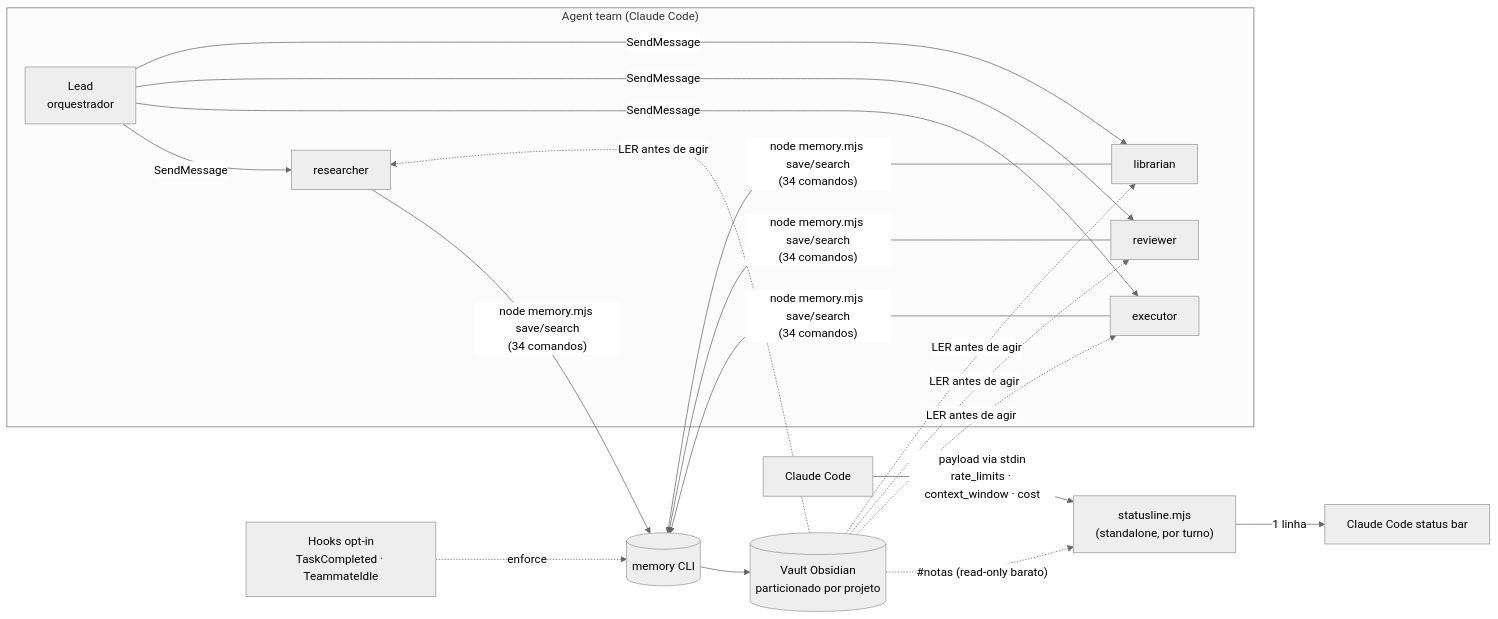
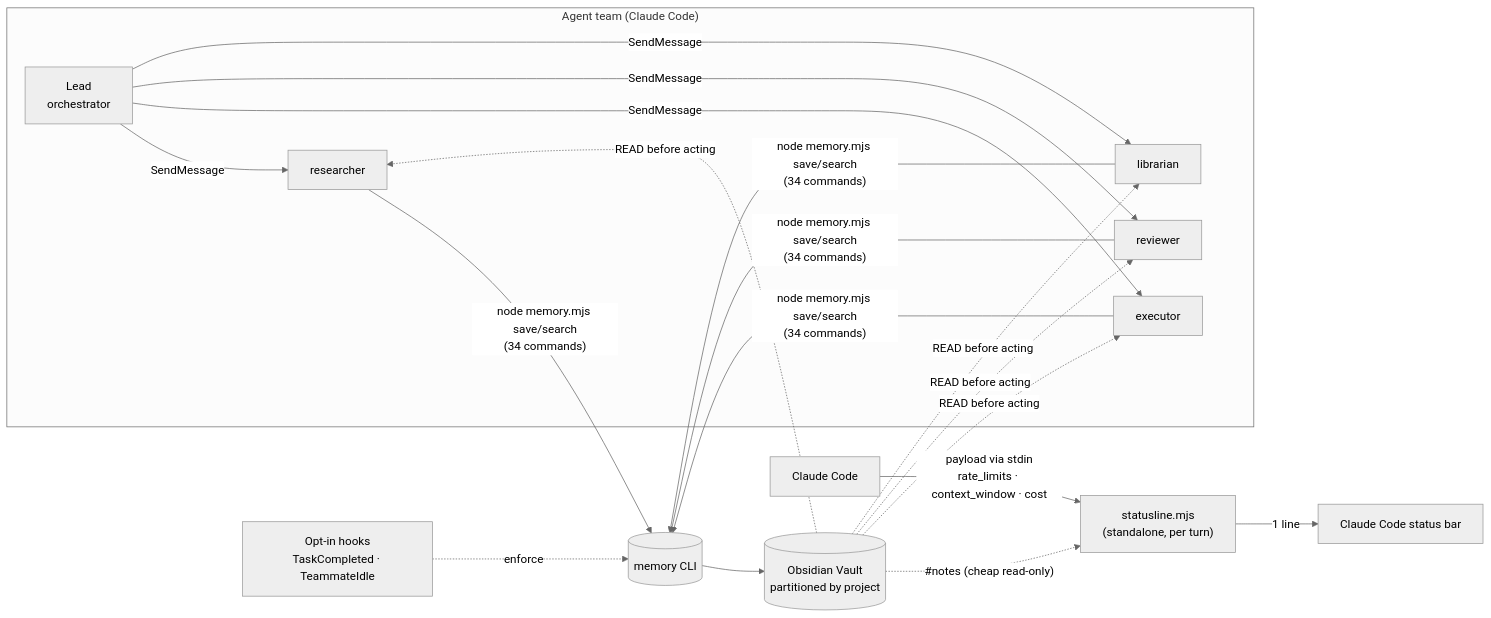
Before and after one commit to MatheusChiodi/AgentTeam-Memory: the first of 3 diagrams in docs/ARCHITECTURE.md, drawn with Mermaid (neutral theme). The commit also changed other lines of this file and 49 other files, not shown here.

````diff
--- a/docs/ARCHITECTURE.md
+++ b/docs/ARCHITECTURE.md
@@ -37,18 +37,18 @@
 ```mermaid
 flowchart LR
   subgraph Team["Agent team (Claude Code)"]
-    LEAD["Lead<br/>orquestrador"]
+    LEAD["Lead<br/>orchestrator"]
     T1["researcher"]
     T2["executor"]
     T3["reviewer"]
     T4["librarian"]
   end
   LEAD -->|SendMessage| T1 & T2 & T3 & T4
-  T1 & T2 & T3 & T4 -->|"node memory.mjs save/search<br/>(34 comandos)"| CLI[("memory CLI")]
-  CLI --> VAULT[("Vault Obsidian<br/>particionado por projeto")]
-  VAULT -.->|"LER antes de agir"| T1 & T2 & T3 & T4
-  HOOKS["Hooks opt-in<br/>TaskCompleted · TeammateIdle"] -.->|enforce| CLI
-  CC["Claude Code"] -->|"payload via stdin<br/>rate_limits · context_window · cost"| SL["statusline.mjs<br/>(standalone, por turno)"]
-  VAULT -.->|"#notas (read-only barato)"| SL
-  SL -->|"1 linha"| BAR["Claude Code status bar"]
+  T1 & T2 & T3 & T4 -->|"node memory.mjs save/search<br/>(34 commands)"| CLI[("memory CLI")]
+  CLI --> VAULT[("Obsidian Vault<br/>partitioned by project")]
+  VAULT -.->|"READ before acting"| T1 & T2 & T3 & T4
+  HOOKS["Opt-in hooks<br/>TaskCompleted · TeammateIdle"] -.->|enforce| CLI
+  CC["Claude Code"] -->|"payload via stdin<br/>rate_limits · context_window · cost"| SL["statusline.mjs<br/>(standalone, per turn)"]
+  VAULT -.->|"#notes (cheap read-only)"| SL
+  SL -->|"1 line"| BAR["Claude Code status bar"]
 ```
````
